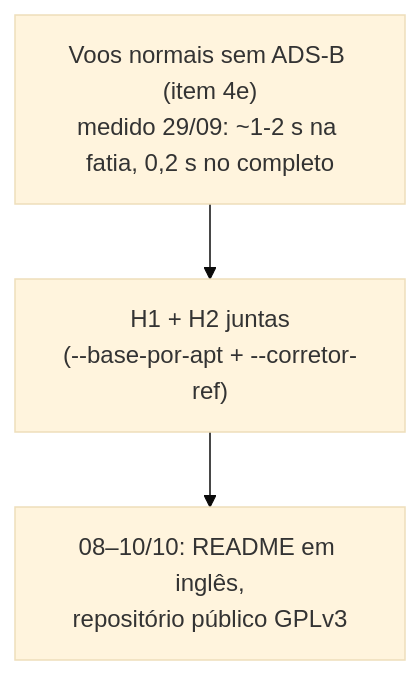
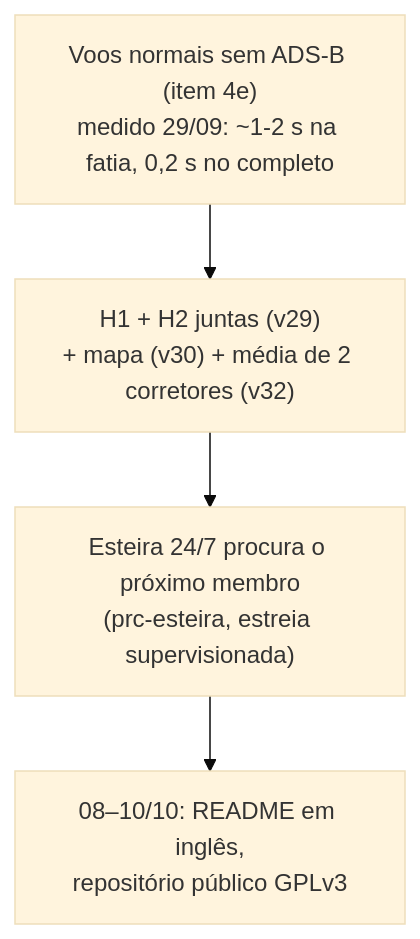
The third of 3 diagrams in docs/mapa.md (EnioAguiar/prc-taxiout-2026), drawn with Mermaid (base theme) before and after one commit. The commit also changed other lines of this file and 8 other files, not shown here.

Commit message:
docs: auditoria 30/09 — v32 e campeã v2 no README, mapa e saltos; esteira em estreia

````diff
--- a/docs/mapa.md
+++ b/docs/mapa.md
@@ -129,5 +147,6 @@
 ```mermaid
 flowchart TD
-    B["Voos normais sem ADS-B (item 4e)<br/>medido 29/09: ~1-2 s na fatia, 0,2 s no completo"] --> C["H1 + H2 juntas<br/>(--base-por-apt + --corretor-ref)"]
-    C --> FIM["08–10/10: README em inglês,<br/>repositório público GPLv3"]
+    B["Voos normais sem ADS-B (item 4e)<br/>medido 29/09: ~1-2 s na fatia, 0,2 s no completo"] --> C["H1 + H2 juntas (v29)<br/>+ mapa (v30) + média de 2 corretores (v32)"]
+    C --> D["Esteira 24/7 procura o próximo membro<br/>(prc-esteira, estreia supervisionada)"]
+    D --> FIM["08–10/10: README em inglês,<br/>repositório público GPLv3"]
 ```
````
